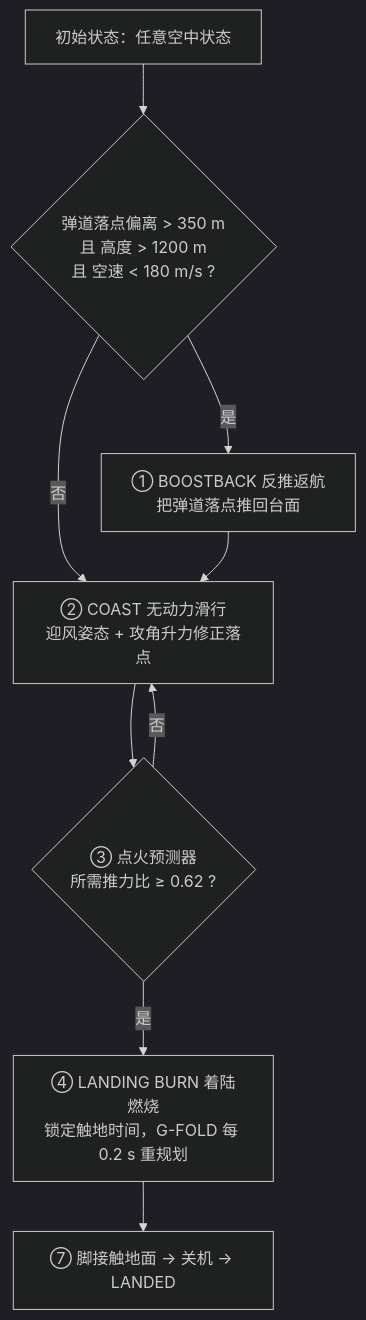
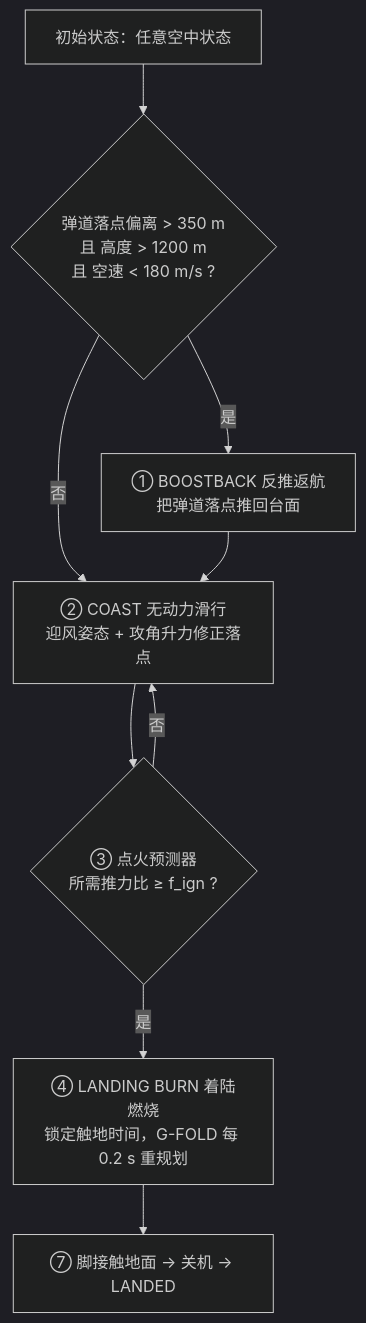
One commit to SpringMomu/GFOLD-Rocket-Recovery-Simulation changed the diagram in README.md. Above: the diagram before and after it, drawn with Mermaid (dark theme). The commit also changed other lines of this file and 2 other files, not shown here.

````diff
--- a/README.md
+++ b/README.md
@@ -80,11 +80,11 @@
 ```mermaid
 flowchart TD
     A["初始状态：任意空中状态"] --> B{"弹道落点偏离 &gt; 350 m<br/>且 高度 &gt; 1200 m<br/>且 空速 &lt; 180 m/s ?"}
     B -- 是 --> C["① BOOSTBACK 反推返航<br/>把弹道落点推回台面"]
     B -- 否 --> D
     C --> D["② COAST 无动力滑行<br/>迎风姿态 + 攻角升力修正落点"]
-    D --> E{"③ 点火预测器<br/>所需推力比 ≥ 0.62 ?"}
+    D --> E{"③ 点火预测器<br/>所需推力比 ≥ f_ign ?"}
     E -- 否 --> D
     E -- 是 --> F["④ LANDING BURN 着陆燃烧<br/>锁定触地时间，G-FOLD 每 0.2 s 重规划"]
     F --> G["⑦ 脚接触地面 → 关机 → LANDED"]
 ```
````
